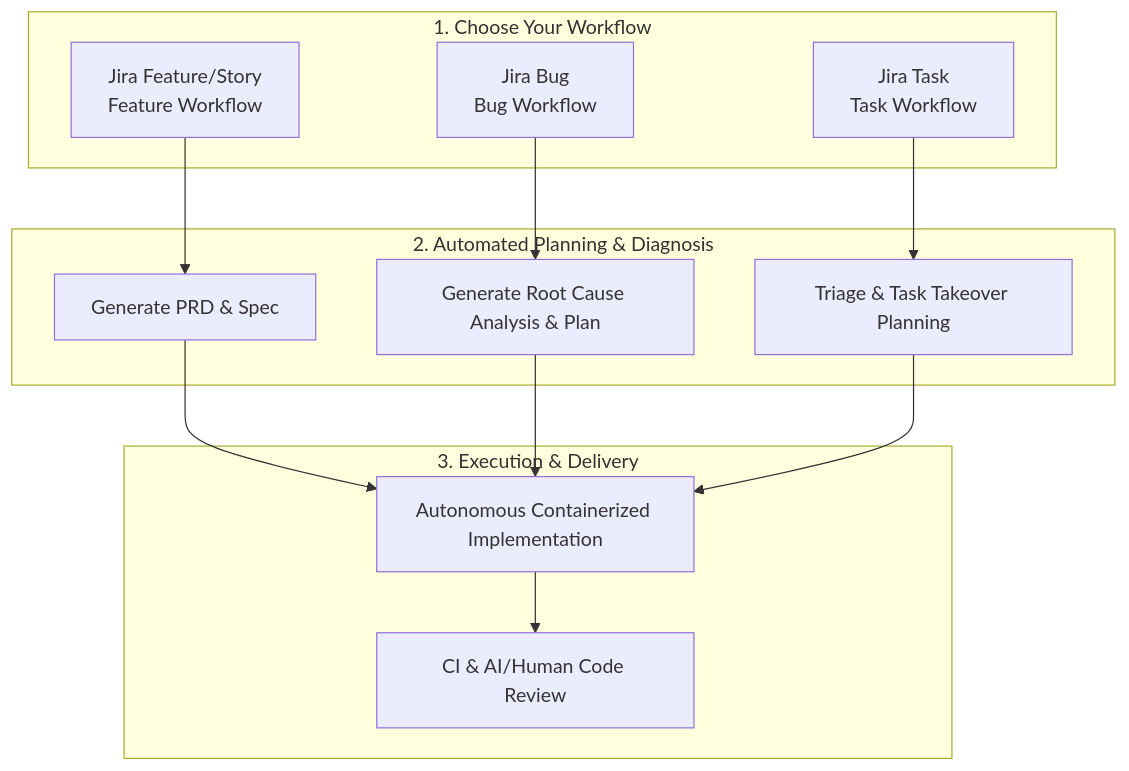
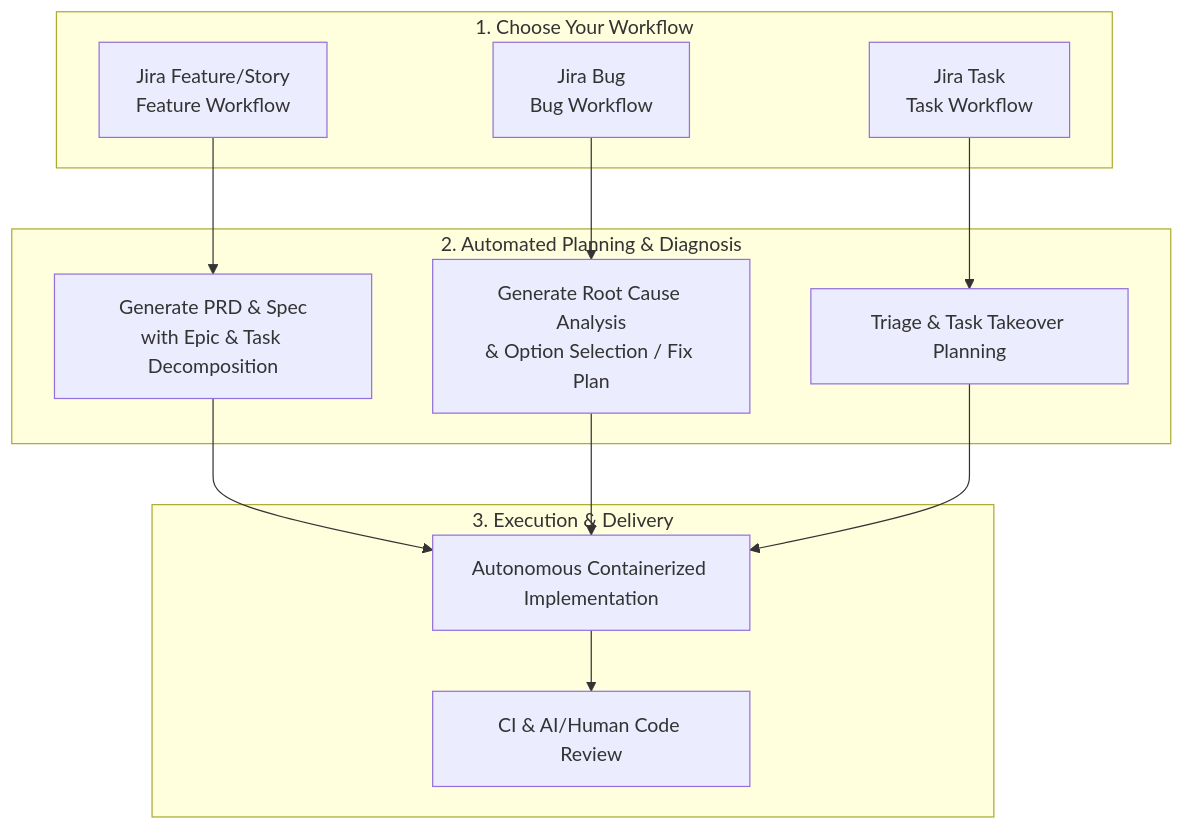
One commit to forgeSmith-bot/forge changed the diagram in docs/index.md. Above: the diagram before and after it, drawn with Mermaid. The commit also changed 1 other file, not shown here.

Commit message:
[AISOS-2161] review: address PR feedback

````diff
--- a/docs/index.md
+++ b/docs/index.md
@@ -9,33 +9,33 @@
 ```mermaid
 graph TD
     %% Workflow entrypoints
     subgraph "1. Choose Your Workflow"
         Feature[Jira Feature/Story<br/>Feature Workflow]
         Bug[Jira Bug<br/>Bug Workflow]
         Task[Jira Task<br/>Task Workflow]
     end
 
     %% Workflow processing paths
     subgraph "2. Automated Planning & Diagnosis"
-        PRD[Generate PRD & Spec]
-        RCA[Generate Root Cause Analysis & Plan]
+        PRD[Generate PRD & Spec<br/>with Epic & Task Decomposition]
+        RCA[Generate Root Cause Analysis<br/>& Option Selection / Fix Plan]
         Takeover[Triage & Task Takeover Planning]
     end
 
     %% Common implementation & delivery path
     subgraph "3. Execution & Delivery"
         Code[Autonomous Containerized Implementation]
         Review[CI & AI/Human Code Review]
     end
 
     %% Connections
     Feature --> PRD
     Bug --> RCA
     Task --> Takeover
 
     PRD --> Code
     RCA --> Code
     Takeover --> Code
 
     Code --> Review
 ```
````
